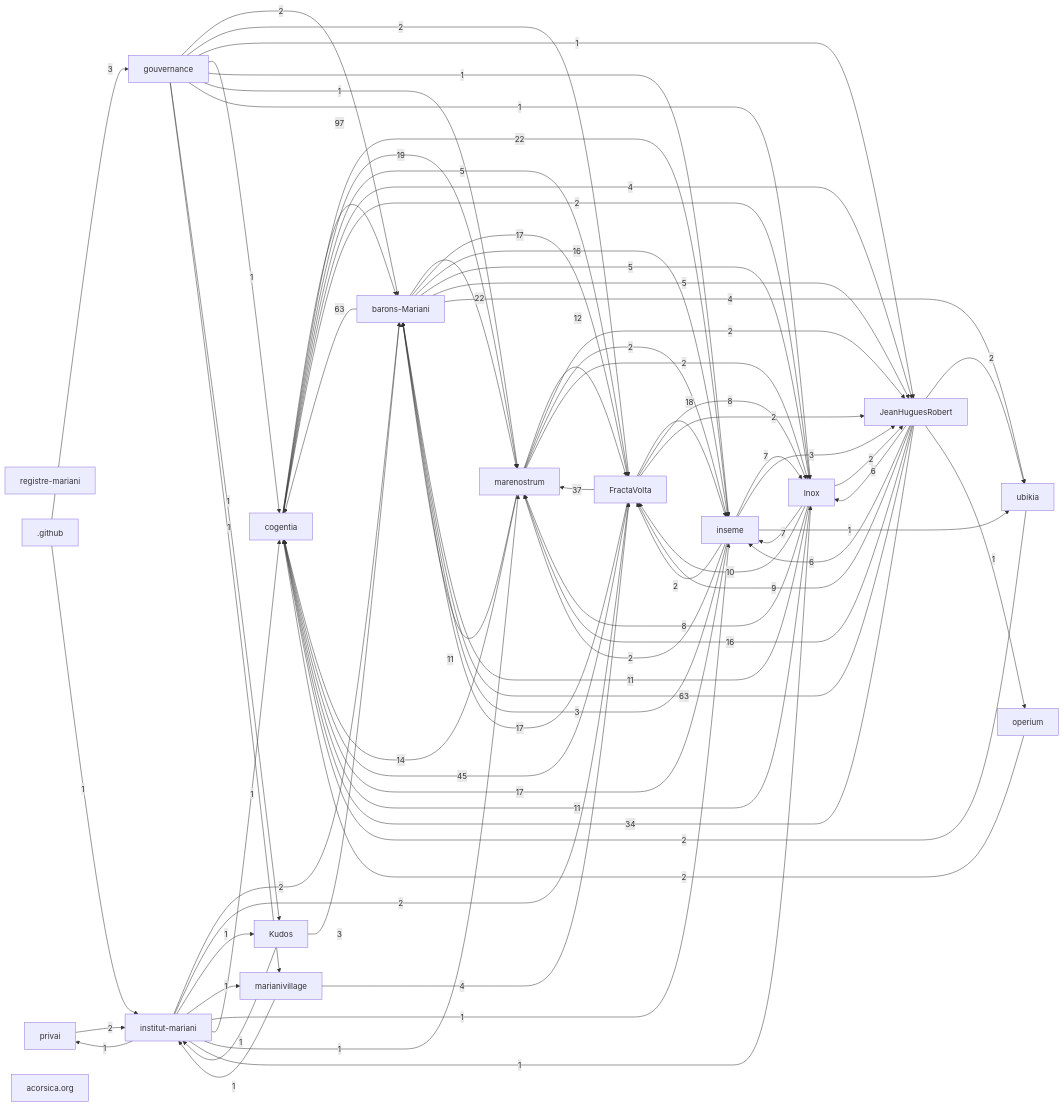
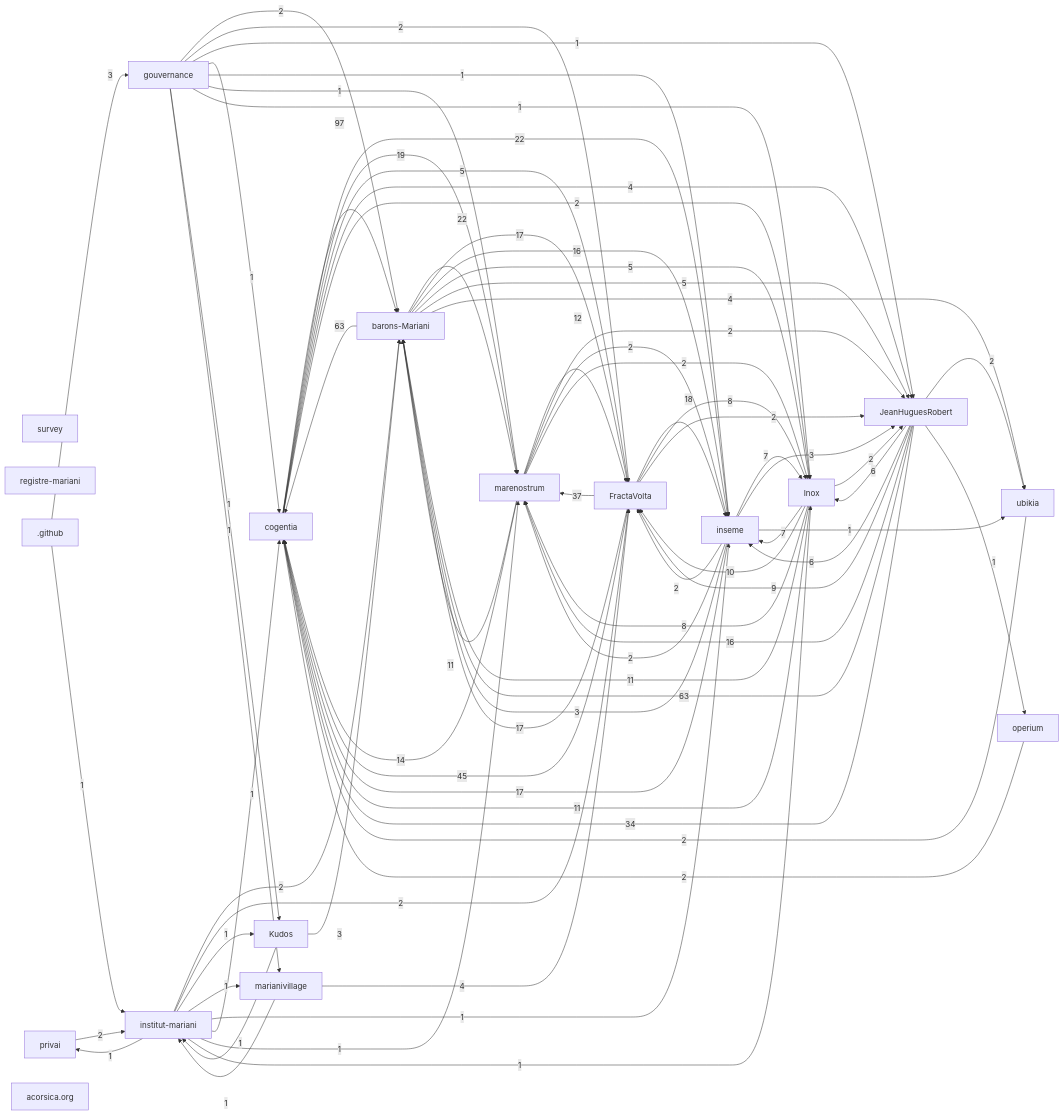
The first of 2 diagrams in research/corpus-status.md (JeanHuguesRobert/FractaVolta), drawn with Mermaid before and after one commit. The commit also changed other lines of this file, not shown here.

Commit message:
Refresh corpus status

```diff
--- a/research/corpus-status.md
+++ b/research/corpus-status.md
@@ -57,6 +58,7 @@
   r_marenostrum["marenostrum"]
   r_barons_mariani["barons-Mariani"]
   r_inseme["inseme"]
+  r_survey["survey"]
   r_inox["Inox"]
   r_registre_mariani["registre-mariani"]
   r_ubikia["ubikia"]
```
